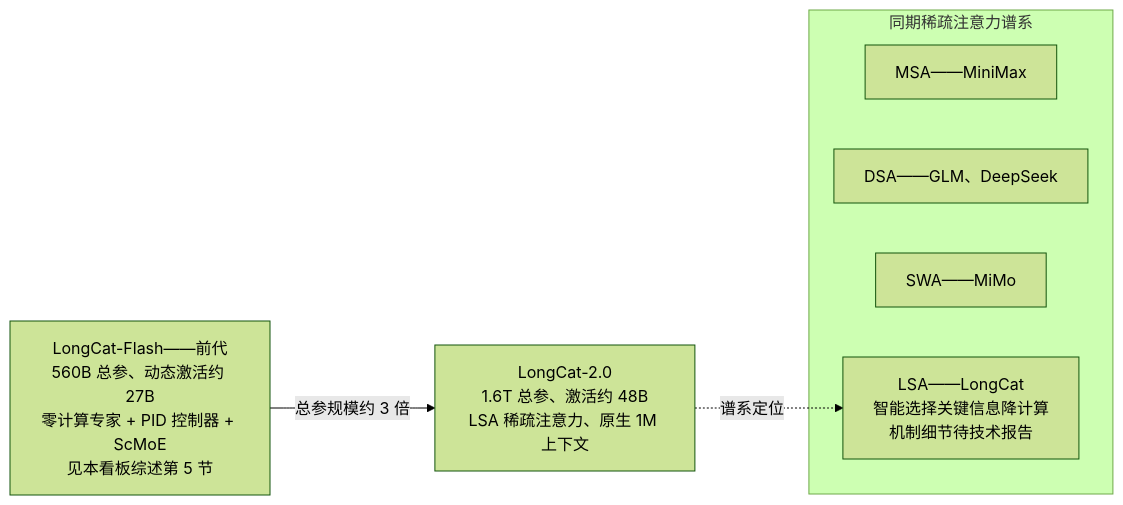
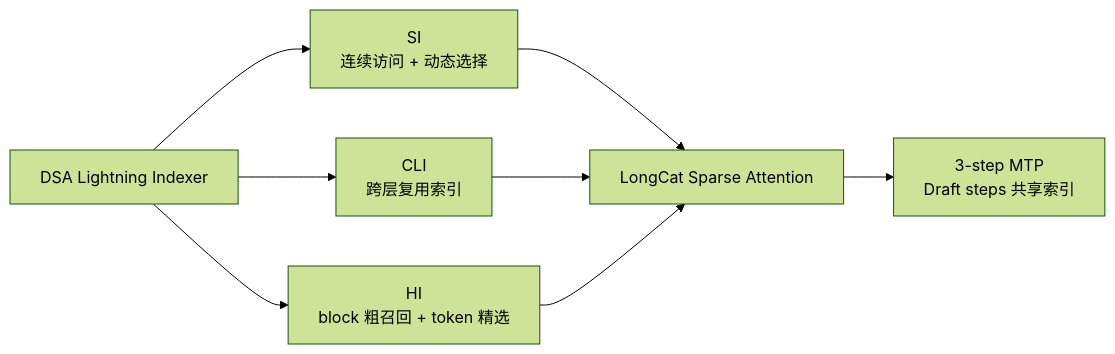
Before and after one commit to lloo099/mission44: the second of 2 diagrams in docs/blog/dispatch-21-longcat-2.md, drawn with Mermaid (forest theme). The commit also changed other lines of this file and 14 other files, not shown here.

````diff
--- a/docs/blog/dispatch-21-longcat-2.md
+++ b/docs/blog/dispatch-21-longcat-2.md
@@ -59,13 +43,10 @@
 ```mermaid
 flowchart LR
-    F["LongCat-Flash——前代<br>560B 总参、动态激活约 27B<br>零计算专家 + PID 控制器 + ScMoE<br>见本看板综述第 5 节"]
-    L2["LongCat-2.0<br>1.6T 总参、激活约 48B<br>LSA 稀疏注意力、原生 1M 上下文"]
-    F -->|"总参规模约 3 倍"| L2
-    subgraph SA ["同期稀疏注意力谱系"]
-        S1["MSA——MiniMax"]
-        S2["DSA——GLM、DeepSeek"]
-        S3["SWA——MiMo"]
-        S4["LSA——LongCat<br>智能选择关键信息降计算<br>机制细节待技术报告"]
-    end
-    L2 -. "谱系定位" .-> S4
+    DSA["DSA Lightning Indexer"] --> SI["SI<br>连续访问 + 动态选择"]
+    DSA --> CLI["CLI<br>跨层复用索引"]
+    DSA --> HI["HI<br>block 粗召回 + token 精选"]
+    SI --> LSA["LongCat Sparse Attention"]
+    CLI --> LSA
+    HI --> LSA
+    LSA --> MTP["3-step MTP<br>Draft steps 共享索引"]
 ```
````
